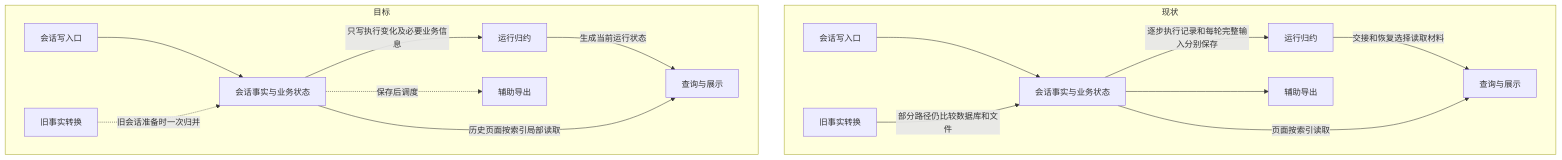
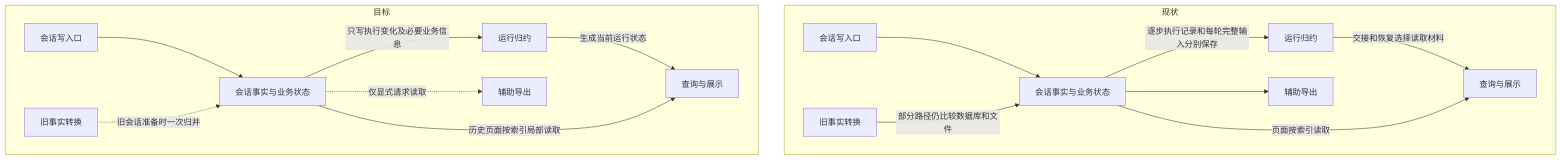
The diagram in docs/develop/storage-session/in-flight/会话存储全链路性能改进方案.md (SpaceHuang/SpaceAssistant), drawn with Mermaid before and after one commit. The commit also changed other lines of this file and 1 other file, not shown here.

````diff
--- a/docs/develop/storage-session/in-flight/会话存储全链路性能改进方案.md
+++ b/docs/develop/storage-session/in-flight/会话存储全链路性能改进方案.md
@@ -117,19 +118,19 @@
 ```mermaid
 flowchart TB
   subgraph OLD[现状]
     O1[会话写入口] --> O2[会话事实与业务状态]
     O2 -->|逐步执行记录和每轮完整输入分别保存| O3[运行归约]
     O3 -->|交接和恢复选择读取材料| O4[查询与展示]
     O2 -->|页面按索引读取| O4
     O2 --> O5[辅助导出]
     O6[旧事实转换] -->|部分路径仍比较数据库和文件| O2
   end
   subgraph NEW[目标]
     N1[会话写入口] --> N2[会话事实与业务状态]
     N2 -->|只写执行变化及必要业务信息| N3[运行归约]
     N3 -->|生成当前运行状态| N4[查询与展示]
     N2 -->|历史页面按索引局部读取| N4
-    N2 -.保存后调度.-> N5[辅助导出]
+    N2 -.仅显式请求读取.-> N5[辅助导出]
     N6[旧事实转换] -.旧会话准备时一次归并.-> N2
   end
 ```
````
